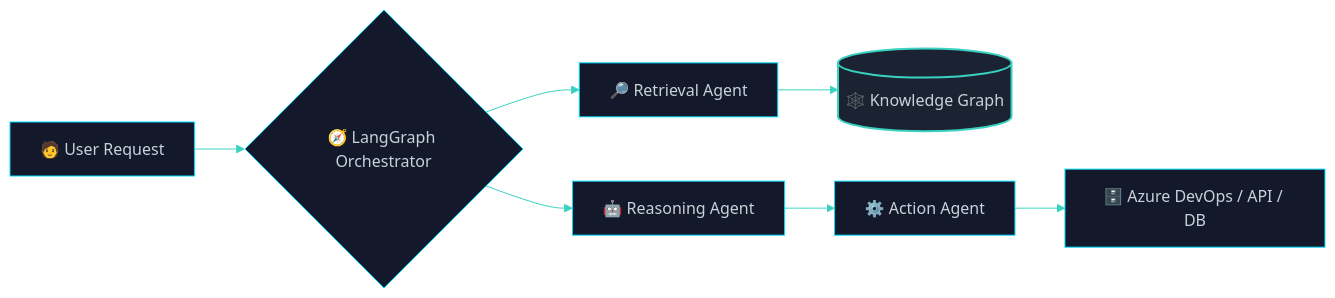
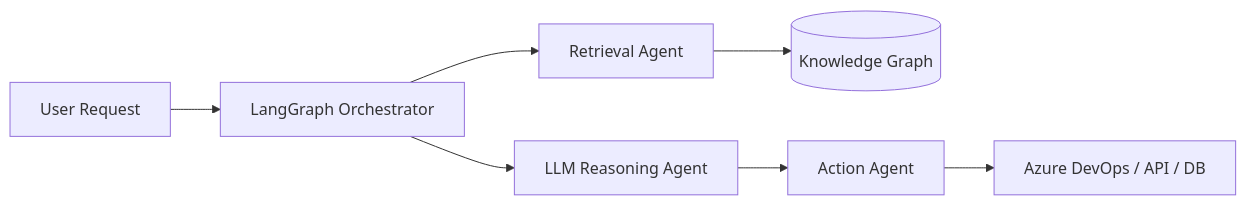
The second of 2 diagrams in README.md (yessine18/yessine18), drawn with Mermaid before and after one commit. The commit also changed other lines of this file, not shown here.

````diff
--- a/README.md
+++ b/README.md
@@ -70,13 +53,9 @@
 ```mermaid
-%%{init: {'theme':'base', 'themeVariables': {'primaryColor':'#13192B','primaryTextColor':'#C9D1D9','primaryBorderColor':'#00D9FF','lineColor':'#39D2C0','secondaryColor':'#1B2333','tertiaryColor':'#0B1120'}}}%%
 flowchart LR
-    U["🧑 User Request"] --> O{"🧭 LangGraph Orchestrator"}
-    O --> R["🔎 Retrieval Agent"]
-    R --> K[("🕸️ Knowledge Graph")]
-    O --> L["🤖 Reasoning Agent"]
-    L --> AC["⚙️ Action Agent"]
-    AC --> S["🗄️ Azure DevOps / API / DB"]
-
-    classDef store fill:#1B2333,stroke:#39D2C0,stroke-width:2px,color:#C9D1D9;
-    class K store;
+    U[User Request] --> O[LangGraph Orchestrator]
+    O --> R[Retrieval Agent]
+    R --> K[(Knowledge Graph)]
+    O --> L[LLM Reasoning Agent]
+    L --> A[Action Agent]
+    A --> S[Azure DevOps / API / DB]
 ```
````
